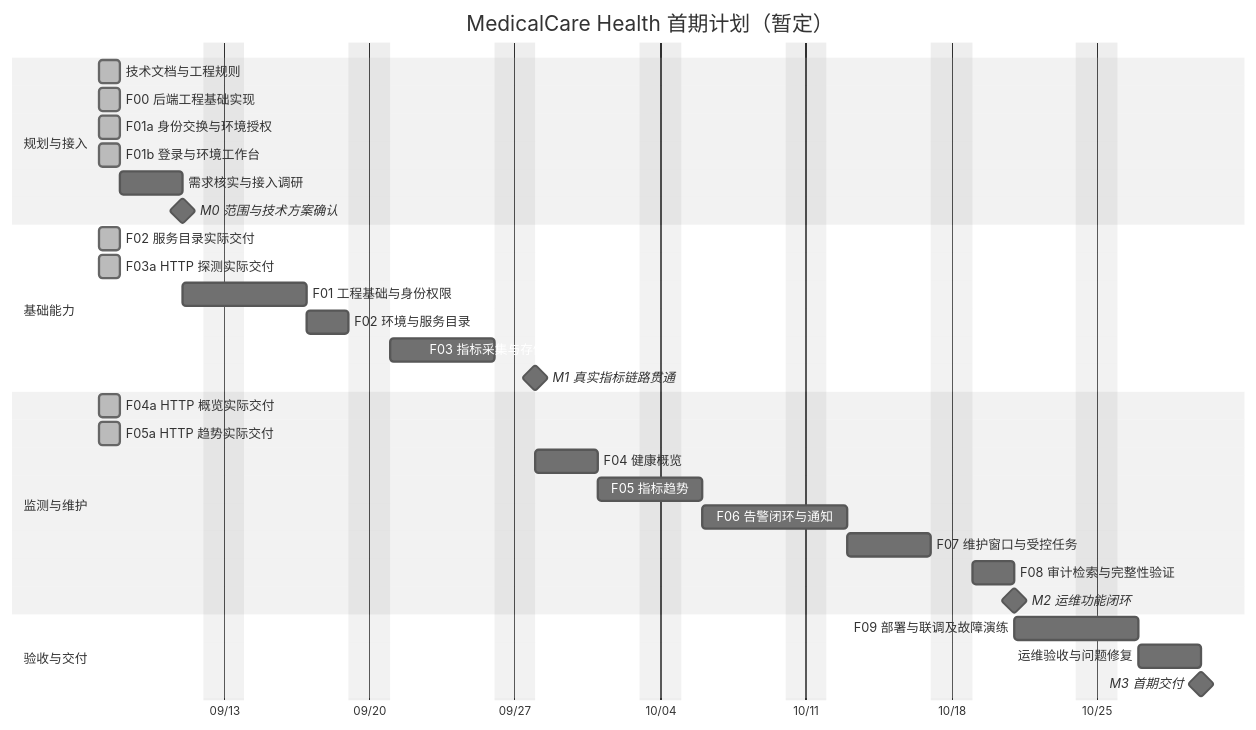
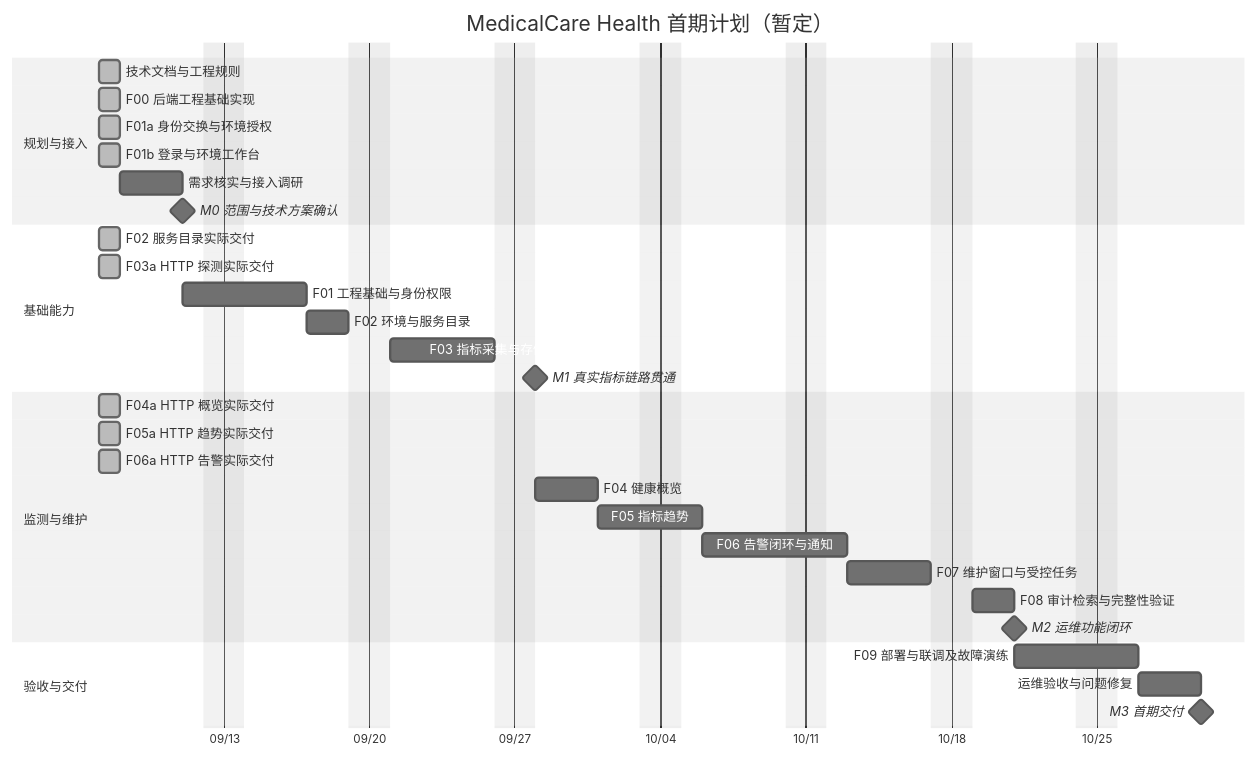
The diagram in docs/project-plan.md (lafie-s/MedicalCare_Health), drawn with Mermaid (neutral theme) before and after one commit. The commit also changed other lines of this file and 19 other files, not shown here.

````diff
--- a/docs/project-plan.md
+++ b/docs/project-plan.md
@@ -13,34 +13,35 @@
 ```mermaid
 gantt
     title MedicalCare Health 首期计划（暂定）
     dateFormat YYYY-MM-DD
     axisFormat %m/%d
     excludes weekends
     section 规划与接入
     技术文档与工程规则              :done, docs, 2026-09-07, 1d
     F00 后端工程基础实现           :done, f00, 2026-09-07, 1d
     F01a 身份交换与环境授权        :done, f01a, 2026-09-07, 1d
     F01b 登录与环境工作台          :done, f01b, 2026-09-07, 1d
     需求核实与接入调研              :a0, 2026-09-08, 3d
     M0 范围与技术方案确认           :milestone, m0, after a0, 0d
     section 基础能力
     F02 服务目录实际交付           :done, f02actual, 2026-09-07, 1d
     F03a HTTP 探测实际交付         :done, f03actual, 2026-09-07, 1d
     F01 工程基础与身份权限          :a1, after m0, 4d
     F02 环境与服务目录              :a2, after a1, 2d
     F03 指标采集与存储接入          :a3, after a2, 5d
     M1 真实指标链路贯通             :milestone, m1, after a3, 0d
     section 监测与维护
     F04a HTTP 概览实际交付         :done, f04actual, 2026-09-07, 1d
     F05a HTTP 趋势实际交付         :done, f05actual, 2026-09-07, 1d
+    F06a HTTP 告警实际交付         :done, f06actual, 2026-09-07, 1d
     F04 健康概览                   :a4, after m1, 3d
     F05 指标趋势                   :a5, after a4, 3d
     F06 告警闭环与通知              :a6, after a5, 5d
     F07 维护窗口与受控任务          :a7, after a6, 4d
     F08 审计检索与完整性验证        :a8, after a7, 2d
     M2 运维功能闭环                :milestone, m2, after a8, 0d
     section 验收与交付
     F09 部署与联调及故障演练        :a9, after m2, 4d
     运维验收与问题修复              :a10, after a9, 3d
     M3 首期交付                    :milestone, m3, after a10, 0d
 ```
````
